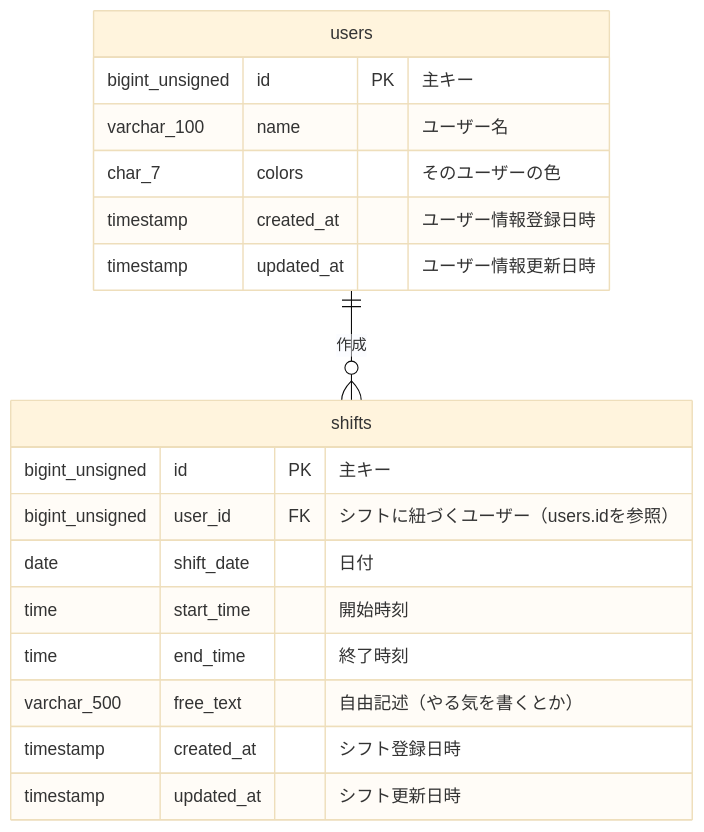
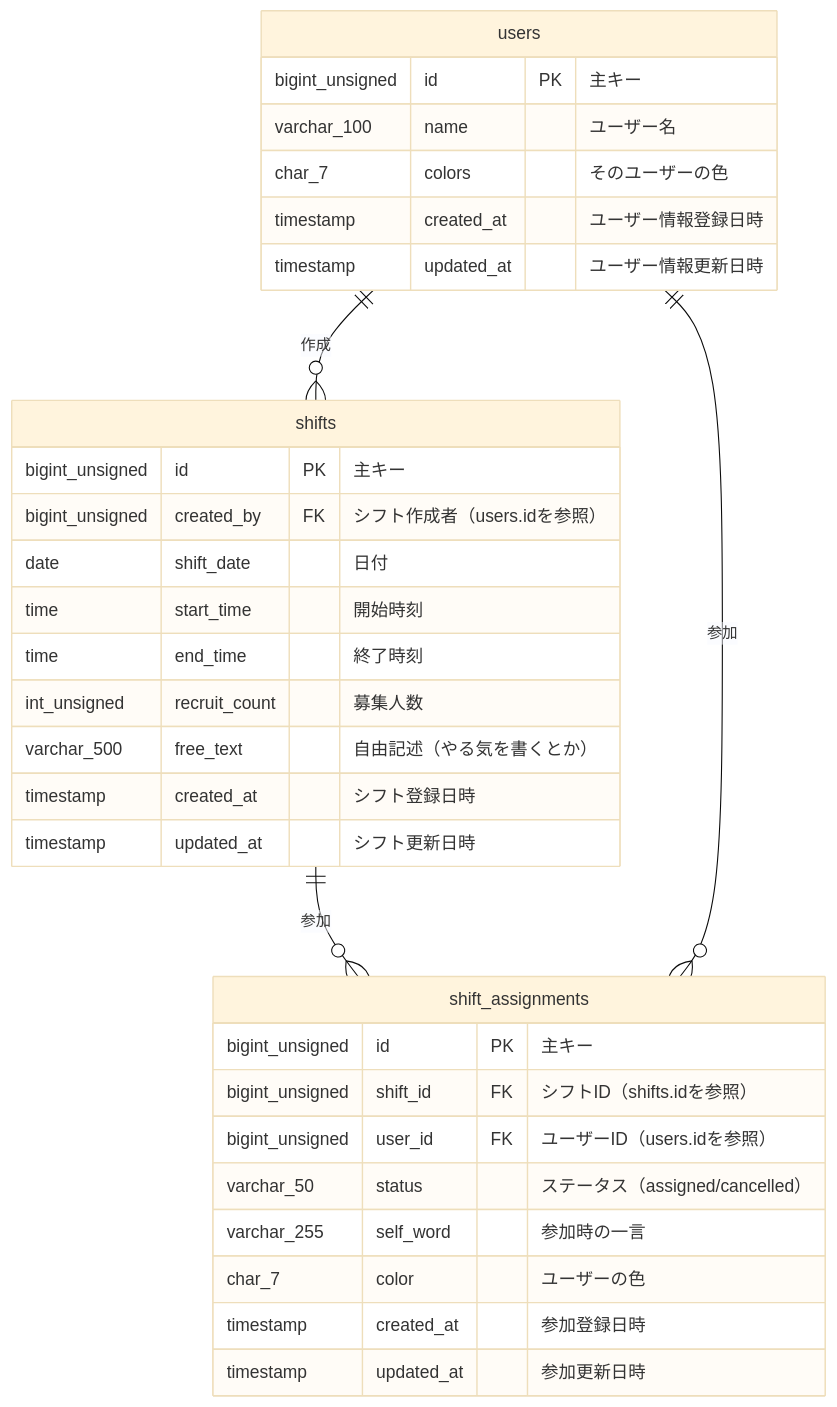
One commit to saitoumichi/shiftboard changed the diagram in README.md. Above: the diagram before and after it, drawn with Mermaid (base theme). The commit also changed other lines of this file, not shown here.

Commit message:
READMEの修正

````diff
--- a/README.md
+++ b/README.md
@@ -20,23 +20,37 @@
 ```mermaid
 erDiagram
     users {
         bigint_unsigned id PK "主キー"
         varchar_100 name "ユーザー名"
         char_7 colors "そのユーザーの色"
         timestamp created_at "ユーザー情報登録日時"
         timestamp updated_at "ユーザー情報更新日時"
     }
     
     shifts {
         bigint_unsigned id PK "主キー"
-        bigint_unsigned user_id FK "シフトに紐づくユーザー（users.idを参照）"
+        bigint_unsigned created_by FK "シフト作成者（users.idを参照）"
         date shift_date "日付"
         time start_time "開始時刻"
         time end_time "終了時刻"
+        int_unsigned recruit_count "募集人数"
         varchar_500 free_text "自由記述（やる気を書くとか）"
         timestamp created_at "シフト登録日時"
         timestamp updated_at "シフト更新日時"
     }
     
+    shift_assignments {
+        bigint_unsigned id PK "主キー"
+        bigint_unsigned shift_id FK "シフトID（shifts.idを参照）"
+        bigint_unsigned user_id FK "ユーザーID（users.idを参照）"
+        varchar_50 status "ステータス（assigned/cancelled）"
+        varchar_255 self_word "参加時の一言"
+        char_7 color "ユーザーの色"
+        timestamp created_at "参加登録日時"
+        timestamp updated_at "参加更新日時"
+    }
+    
     users ||--o{ shifts : "作成"
+    shifts ||--o{ shift_assignments : "参加"
+    users ||--o{ shift_assignments : "参加"
 ```
````
